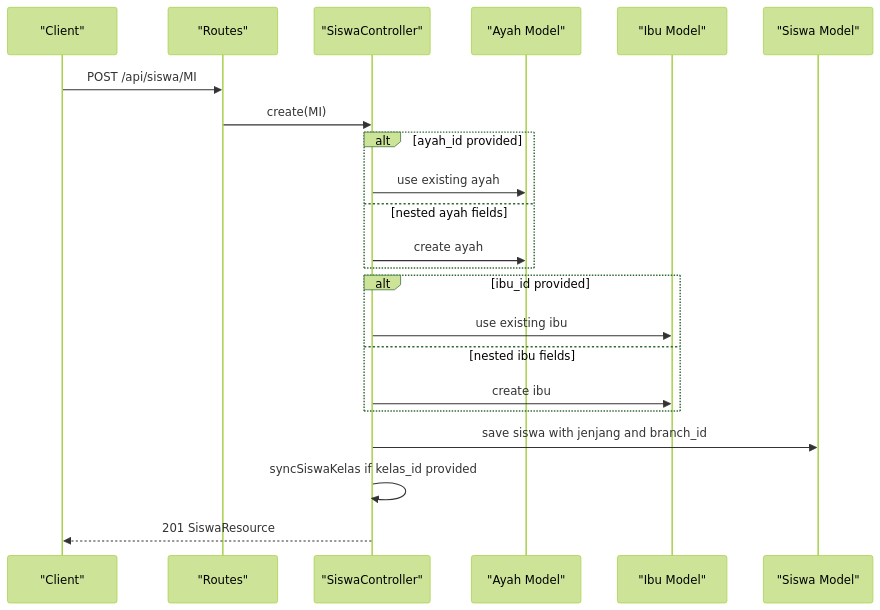
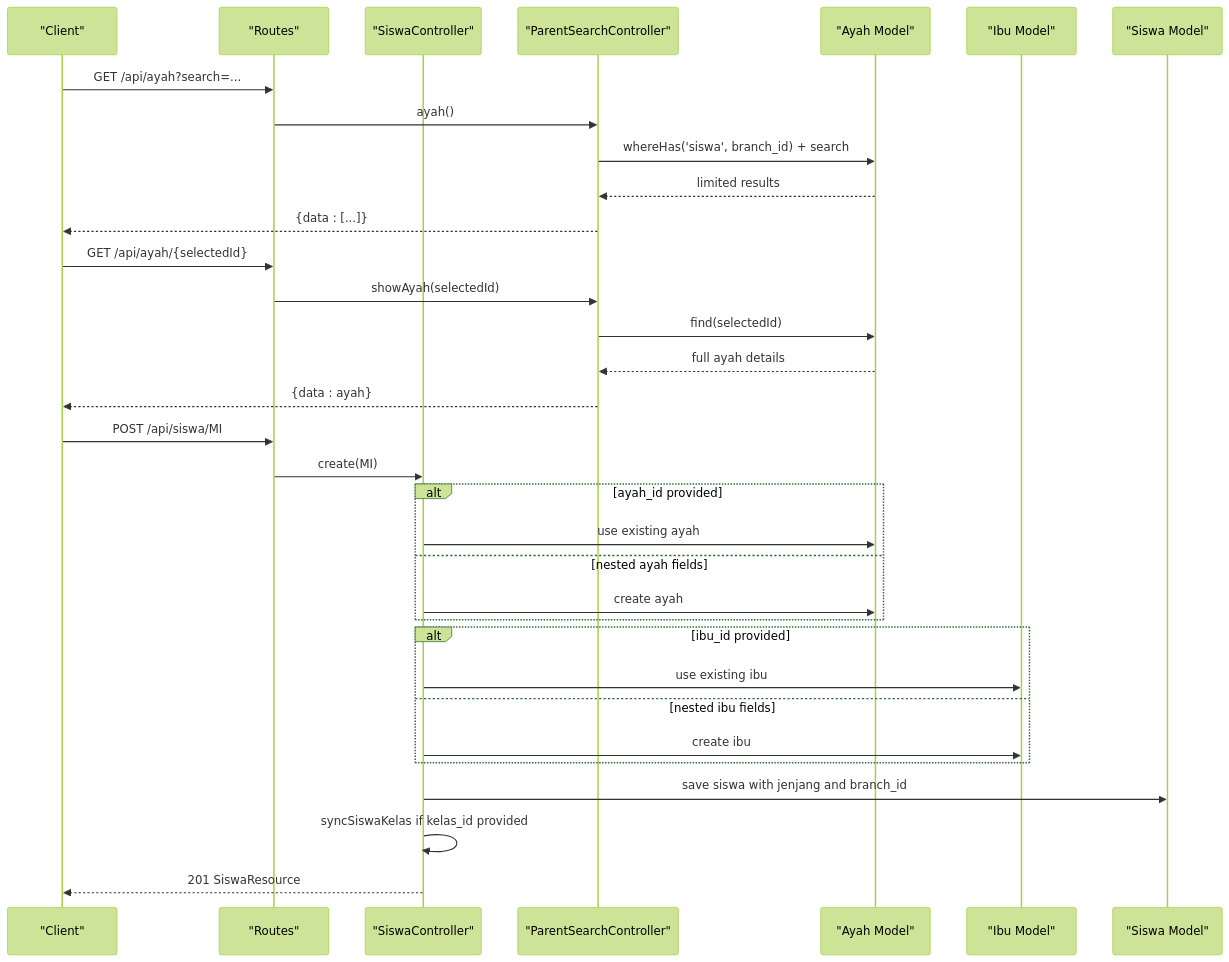
Before and after one commit to Fathurrahman-R/Manajemen-Keuangan-dan-SPP-Handayani: the fourth of 6 diagrams in .qoder/repowiki/en/content/API Documentation/Student & Family Data API.md, drawn with Mermaid (forest theme). The commit also changed other lines of this file and 32 other files, not shown here.

````diff
--- a/.qoder/repowiki/en/content/API Documentation/Student & Family Data API.md
+++ b/.qoder/repowiki/en/content/API Documentation/Student & Family Data API.md
@@ -437,24 +467,35 @@
 ```mermaid
 sequenceDiagram
 participant C as "Client"
 participant R as "Routes"
 participant S as "SiswaController"
+participant PS as "ParentSearchController"
 participant A as "Ayah Model"
 participant B as "Ibu Model"
 participant M as "Siswa Model"
+C->>R : GET /api/ayah?search=...
+R->>PS : ayah()
+PS->>A : whereHas('siswa', branch_id) + search
+A-->>PS : limited results
+PS-->>C : {data : [...]}
+C->>R : GET /api/ayah/{selectedId}
+R->>PS : showAyah(selectedId)
+PS->>A : find(selectedId)
+A-->>PS : full ayah details
+PS-->>C : {data : ayah}
 C->>R : POST /api/siswa/MI
 R->>S : create(MI)
 alt ayah_id provided
 S->>A : use existing ayah
 else nested ayah fields
 S->>A : create ayah
 end
 alt ibu_id provided
 S->>B : use existing ibu
 else nested ibu fields
 S->>B : create ibu
 end
 S->>M : save siswa with jenjang and branch_id
 S->>S : syncSiswaKelas if kelas_id provided
 S-->>C : 201 SiswaResource
 ```
````
